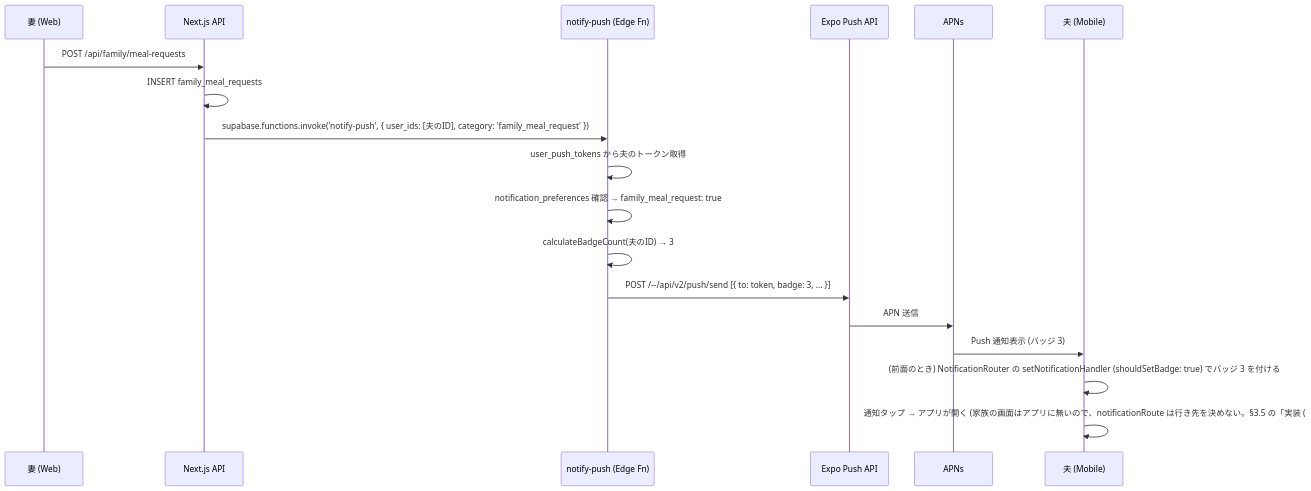
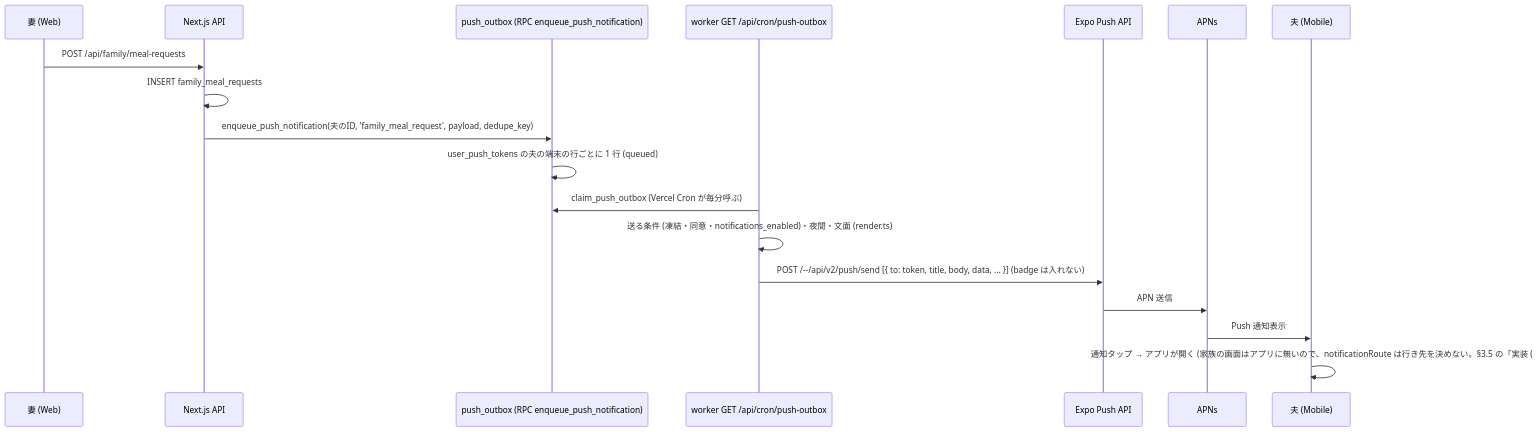
Before and after one commit to DaisukeHori/homegohan-app: the first of 2 diagrams in docs/design/mobile/03-push-notification.md, drawn with Mermaid. The commit also changed other lines of this file and 10 other files, not shown here.

Commit message:
docs(design): サーバーからの Push 通知の送信 段 C — 他の設計書の追随 (mobile/03・CLAUDE.md・00・operator/02・06・family・cross/09) (#1722)

````diff
--- a/docs/design/mobile/03-push-notification.md
+++ b/docs/design/mobile/03-push-notification.md
@@ -457,21 +393,21 @@
 ```mermaid
 sequenceDiagram
   participant Wife as 妻 (Web)
   participant API as Next.js API
-  participant Edge as notify-push (Edge Fn)
+  participant Outbox as push_outbox (RPC enqueue_push_notification)
+  participant Worker as worker GET /api/cron/push-outbox
   participant Expo as Expo Push API
   participant APNs as APNs
   participant Husband as 夫 (Mobile)
 
   Wife->>API: POST /api/family/meal-requests
   API->>API: INSERT family_meal_requests
-  API->>Edge: supabase.functions.invoke('notify-push', { user_ids: [夫のID], category: 'family_meal_request' })
-  Edge->>Edge: user_push_tokens から夫のトークン取得
-  Edge->>Edge: notification_preferences 確認 → family_meal_request: true
-  Edge->>Edge: calculateBadgeCount(夫のID) → 3
-  Edge->>Expo: POST /--/api/v2/push/send [{ to: token, badge: 3, ... }]
+  API->>Outbox: enqueue_push_notification(夫のID, 'family_meal_request', payload, dedupe_key)
+  Outbox->>Outbox: user_push_tokens の夫の端末の行ごとに 1 行 (queued)
+  Worker->>Outbox: claim_push_outbox (Vercel Cron が毎分呼ぶ)
+  Worker->>Worker: 送る条件 (凍結・同意・notifications_enabled)・夜間・文面 (render.ts)
+  Worker->>Expo: POST /--/api/v2/push/send [{ to: token, title, body, data, ... }] (badge は入れない)
   Expo->>APNs: APN 送信
-  APNs->>Husband: Push 通知表示 (バッジ 3)
-  Husband->>Husband: (前面のとき) NotificationRouter の setNotificationHandler (shouldSetBadge: true) でバッジ 3 を付ける
+  APNs->>Husband: Push 通知表示
   Husband->>Husband: 通知タップ → アプリが開く (家族の画面はアプリに無いので、notificationRoute は行き先を決めない。§3.5 の「実装 (#1049 F7-11)」の注)
 ```
````
